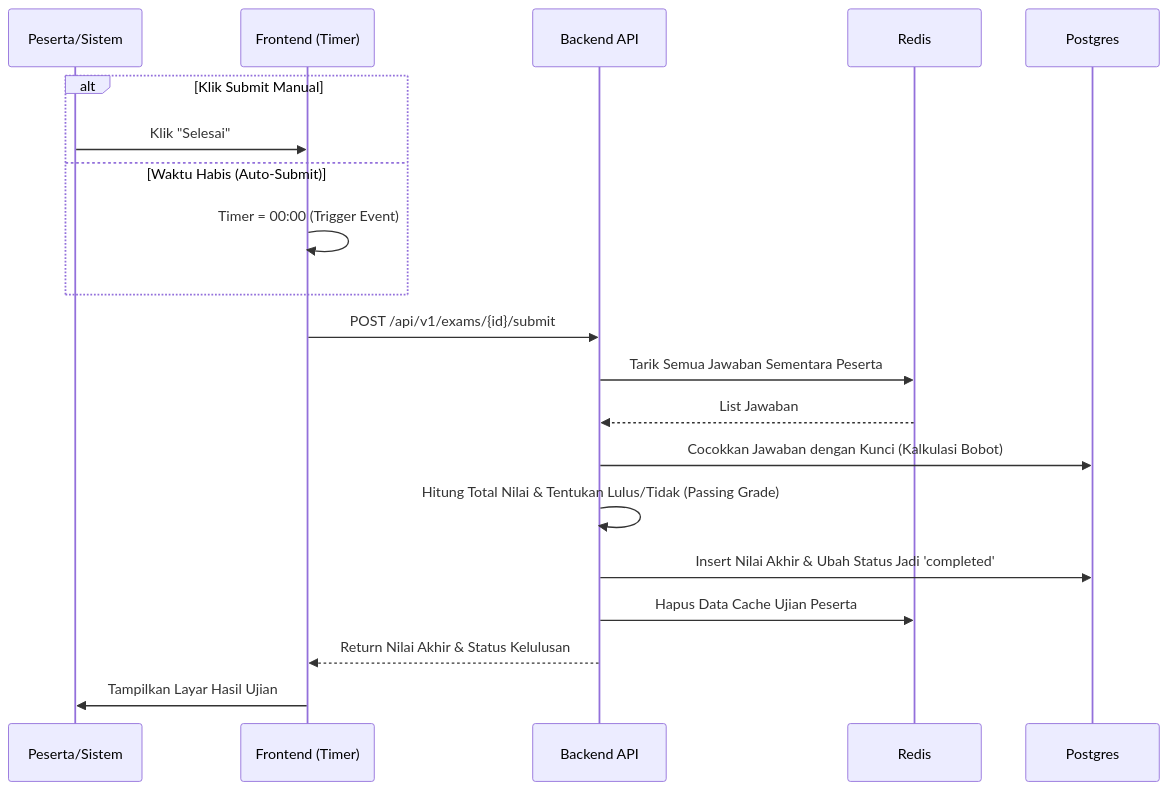
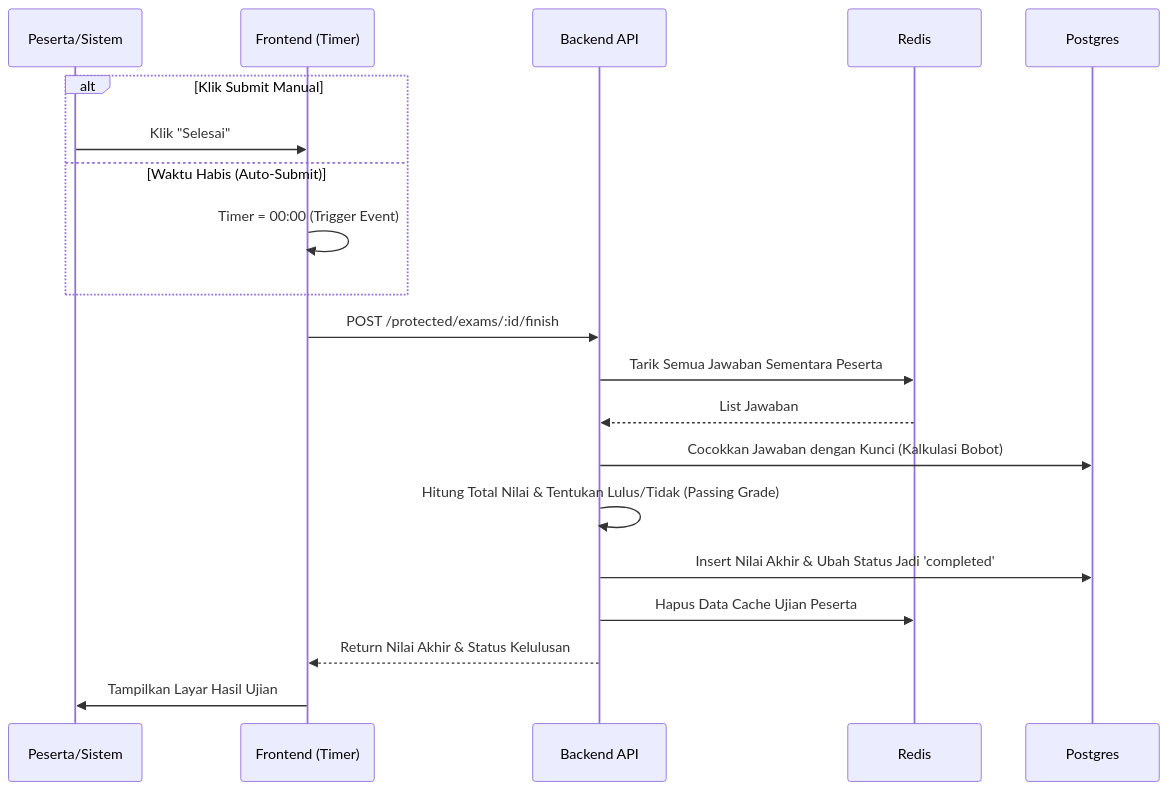
One commit to odealidj/pramuka-CAT changed the seventh of 11 diagrams in docs/sequence-diagrams.md. Above: the diagram before and after it, drawn with Mermaid. The commit also changed other lines of this file and 3 other files, not shown here.

````diff
--- a/docs/sequence-diagrams.md
+++ b/docs/sequence-diagrams.md
@@ -244,24 +245,24 @@
 ```mermaid
 sequenceDiagram
     participant P as Peserta/Sistem
     participant F as Frontend (Timer)
     participant B as Backend API
     participant R as Redis
     participant DB as Postgres
 
     alt Klik Submit Manual
         P->>F: Klik "Selesai"
     else Waktu Habis (Auto-Submit)
         F->>F: Timer = 00:00 (Trigger Event)
     end
 
-    F->>B: POST /api/v1/exams/{id}/submit
+    F->>B: POST /protected/exams/:id/finish
     B->>R: Tarik Semua Jawaban Sementara Peserta
     R-->>B: List Jawaban
     B->>DB: Cocokkan Jawaban dengan Kunci (Kalkulasi Bobot)
     B->>B: Hitung Total Nilai & Tentukan Lulus/Tidak (Passing Grade)
     B->>DB: Insert Nilai Akhir & Ubah Status Jadi 'completed'
     B->>R: Hapus Data Cache Ujian Peserta
     B-->>F: Return Nilai Akhir & Status Kelulusan
     F->>P: Tampilkan Layar Hasil Ujian
 ```
````
